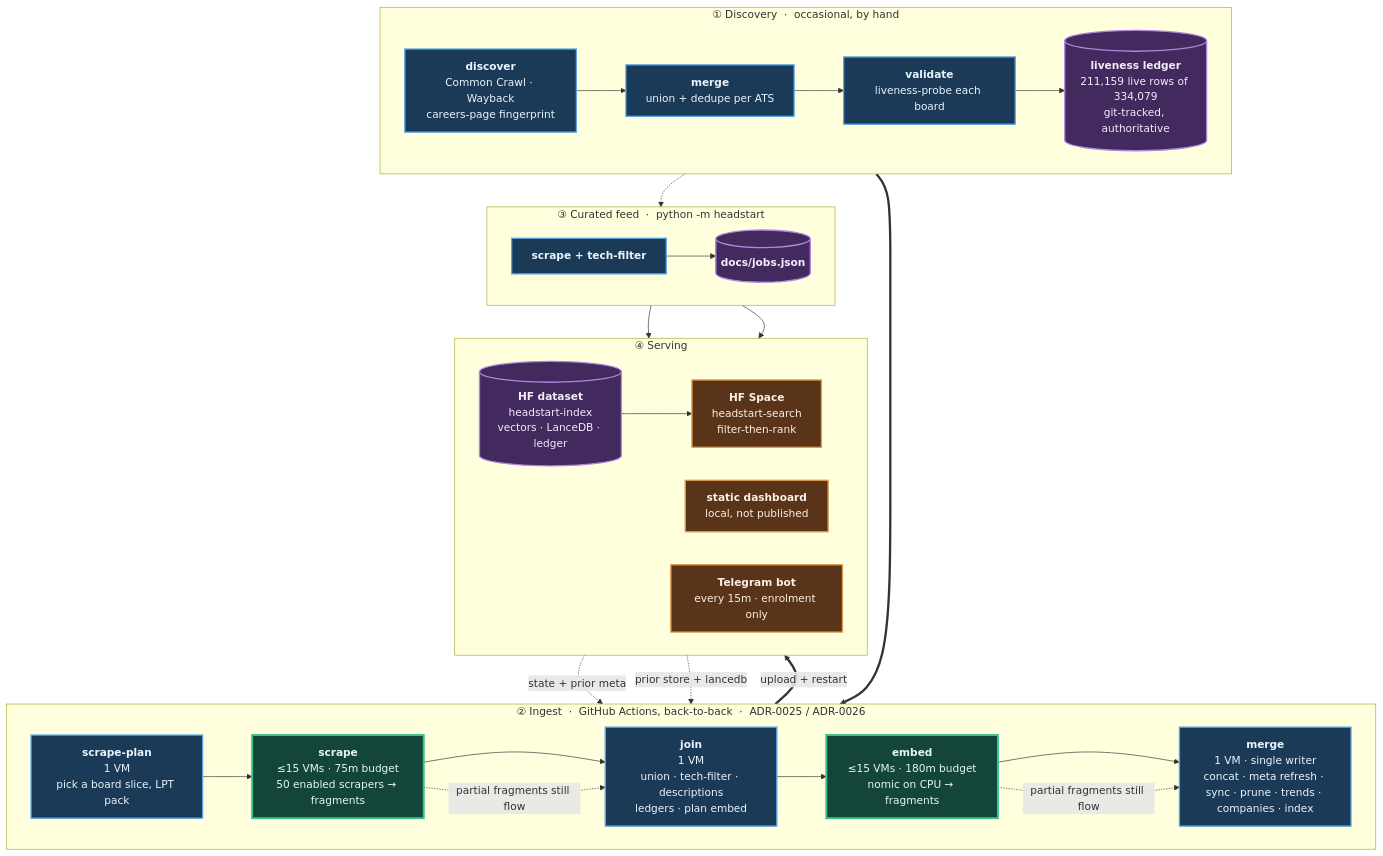
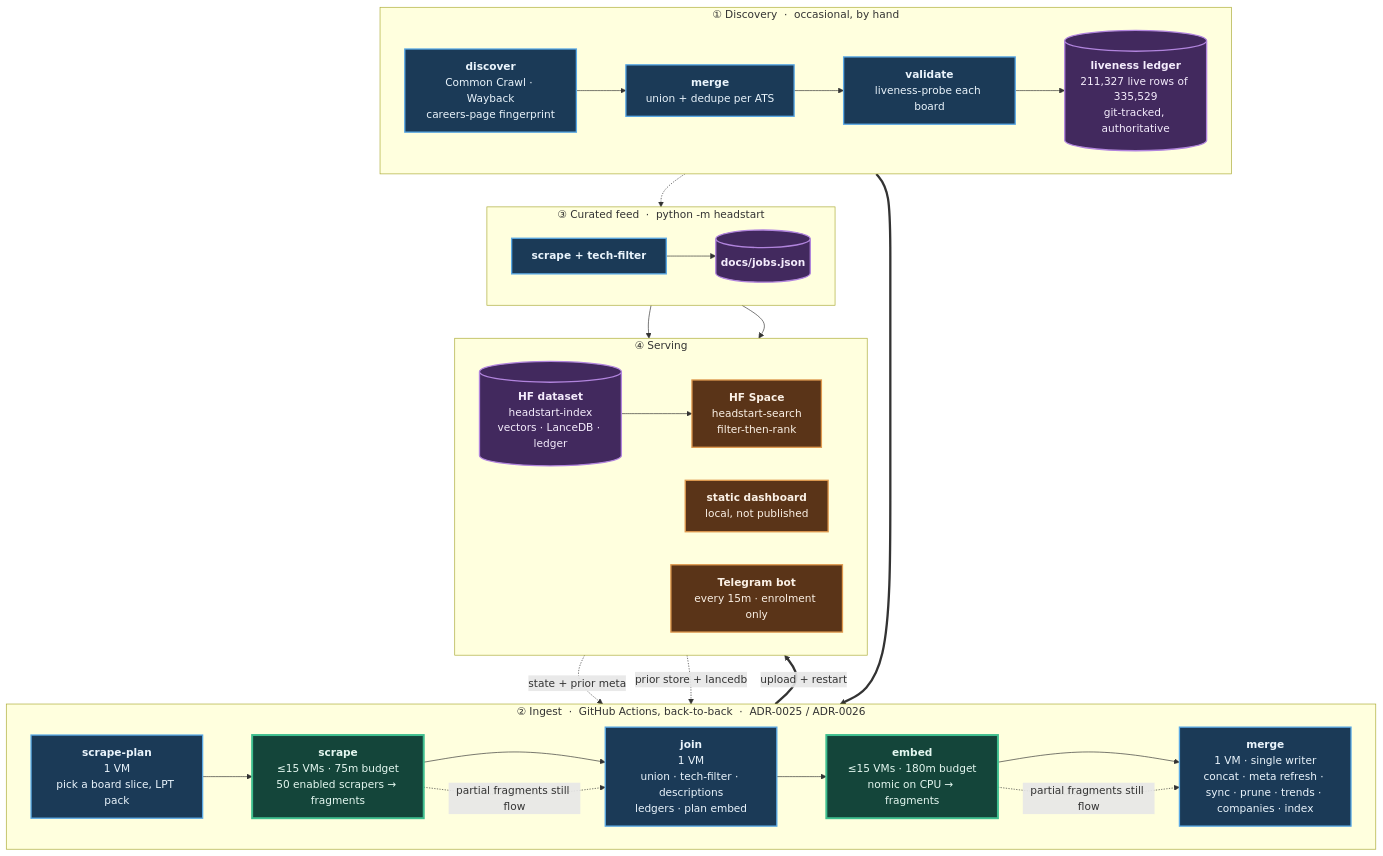
The diagram in README.md (sarthakjain004/headstart), drawn with Mermaid before and after one commit. The commit also changed other lines of this file and 1 other file, not shown here.

Commit message:
Recount Board figures after landing 1,450 Cornerstone rows

````diff
--- a/README.md
+++ b/README.md
@@ -185,56 +185,56 @@
 ```mermaid
 flowchart TB
     subgraph D["① Discovery &nbsp;·&nbsp; occasional, by hand"]
         direction LR
         D1["<b>discover</b><br/>Common Crawl · Wayback<br/>careers-page fingerprint"]
         D2["<b>merge</b><br/>union + dedupe per ATS"]
         D3["<b>validate</b><br/>liveness-probe each board"]
-        D4[("<b>liveness ledger</b><br/>211,159 live rows of 334,079<br/>git-tracked, authoritative")]
+        D4[("<b>liveness ledger</b><br/>211,327 live rows of 335,529<br/>git-tracked, authoritative")]
         D1 --> D2 --> D3 --> D4
     end
 
     subgraph P["② Ingest &nbsp;·&nbsp; GitHub Actions, back-to-back &nbsp;·&nbsp; ADR-0025 / ADR-0026"]
         direction LR
         P1["<b>scrape-plan</b><br/>1 VM<br/>pick a board slice, LPT pack"]
         P2["<b>scrape</b><br/>≤15 VMs · 75m budget<br/>50 enabled scrapers → fragments"]
         P3["<b>join</b><br/>1 VM<br/>union · tech-filter · descriptions<br/>ledgers · plan embed"]
         P4["<b>embed</b><br/>≤15 VMs · 180m budget<br/>nomic on CPU → fragments"]
         P5["<b>merge</b><br/>1 VM · single writer<br/>concat · meta refresh · sync · prune · trends · companies · index"]
         P1 --> P2 --> P3 --> P4 --> P5
     end
 
     subgraph F["③ Curated feed &nbsp;·&nbsp; python -m headstart"]
         direction LR
         F1["<b>scrape + tech-filter</b>"]
         F2[("<b>docs/jobs.json</b>")]
         F1 --> F2
     end
 
     subgraph S["④ Serving"]
         direction LR
         S1[("<b>HF dataset</b><br/>headstart-index<br/>vectors · LanceDB · ledger")]
         S2["<b>HF Space</b><br/>headstart-search<br/>filter-then-rank"]
         S3["<b>static dashboard</b><br/>local, not published"]
         S4["<b>Telegram bot</b><br/>every 15m · enrolment only"]
         S1 --> S2
     end
 
     D4 ==> P1
     S1 -. "state + prior meta" .-> P1
     S1 -. "prior store + lancedb" .-> P5
     D4 -.-> F1
     P5 ==>|"upload + restart"| S1
     F2 --> S3
     F2 --> S4
     P2 -. "partial fragments still flow" .-> P3
     P4 -. "partial fragments still flow" .-> P5
 
     classDef serial fill:#1b3a57,stroke:#5aa9e6,stroke-width:2px,color:#eaf4fc
     classDef fan fill:#14453a,stroke:#3fbf8f,stroke-width:3px,color:#e4f7f0
     classDef store fill:#42295e,stroke:#b184dd,stroke-width:2px,color:#f4ecfc
     classDef serve fill:#5a3418,stroke:#e09a4f,stroke-width:2px,color:#fbf1e6
     class D1,D2,D3,P1,P3,P5,F1 serial
     class P2,P4 fan
     class D4,F2,S1 store
     class S2,S3,S4 serve
 ```
````
